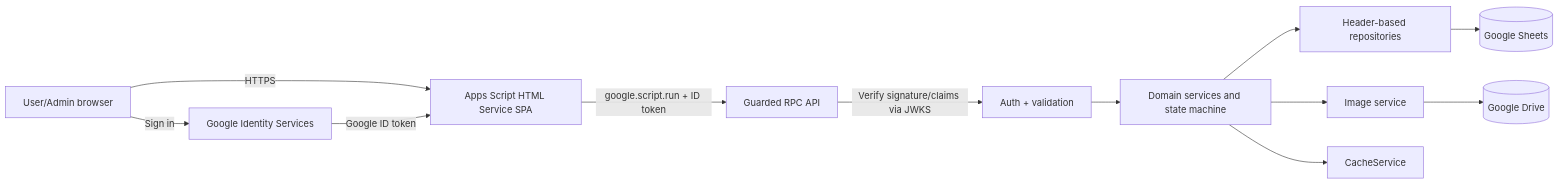
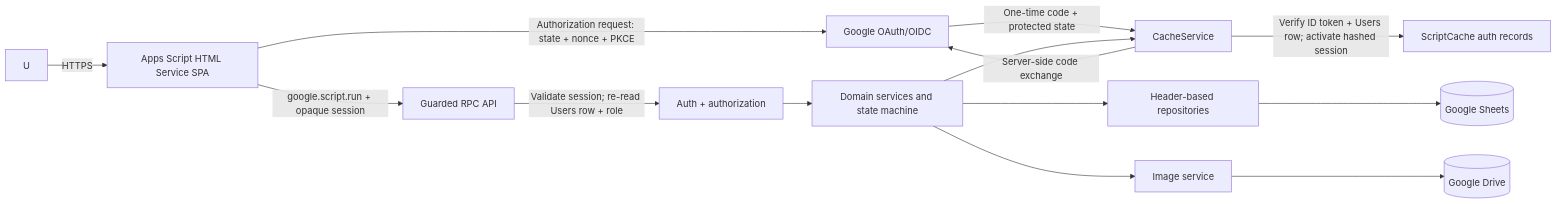
One commit to v4r1n/crs-equipment-borrowing-system changed the diagram in docs/ARCHITECTURE.md. Above: the diagram before and after it, drawn with Mermaid. The commit also changed other lines of this file and 25 other files, not shown here.

Commit message:
Replace iframe GIS with server-side OAuth code flow and isolated sessions

````diff
--- a/docs/ARCHITECTURE.md
+++ b/docs/ARCHITECTURE.md
@@ -9,14 +9,16 @@
 ```mermaid
 flowchart LR
-  U[User/Admin browser] -->|Sign in| GIS[Google Identity Services]
   U -->|HTTPS| H[Apps Script HTML Service SPA]
-  GIS -->|Google ID token| H
-  H -->|google.script.run + ID token| A[Guarded RPC API]
-  A -->|Verify signature/claims via JWKS| G[Auth + validation]
-  G --> S[Domain services and state machine]
+  H -->|Authorization request: state + nonce + PKCE| G[Google OAuth/OIDC]
+  G -->|One-time code + protected state| C[Apps Script /usercallback]
+  C -->|Server-side code exchange| G
+  C -->|Verify ID token + Users row; activate hashed session| K[ScriptCache auth records]
+  H -->|google.script.run + opaque session| A[Guarded RPC API]
+  A -->|Validate session; re-read Users row + role| V[Auth + authorization]
+  V --> S[Domain services and state machine]
   S --> R[Header-based repositories]
   R --> DB[(Google Sheets)]
   S --> F[Image service]
   F --> D[(Google Drive)]
   S --> C[CacheService]
 ```
````
